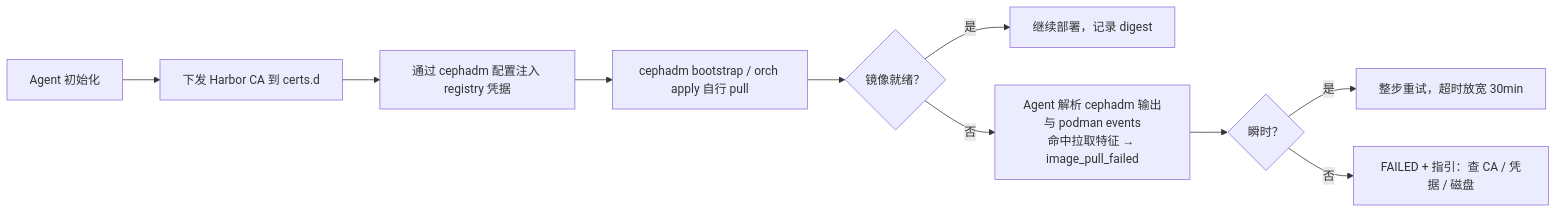
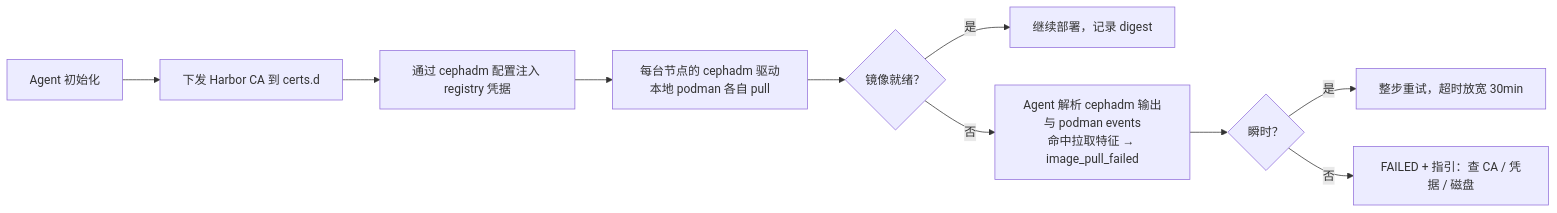
The ninth of 10 diagrams in docs/02-研发线/04-架构师/架构设计-Ceph管理平台.md (lnsyyj/winter), drawn with Mermaid before and after one commit. The commit also changed other lines of this file and 6 other files, not shown here.

````diff
--- a/docs/02-研发线/04-架构师/架构设计-Ceph管理平台.md
+++ b/docs/02-研发线/04-架构师/架构设计-Ceph管理平台.md
@@ -396,12 +396,12 @@
 ```mermaid
 flowchart LR
   A[Agent 初始化] --> B[下发 Harbor CA 到 certs.d]
   B --> C[通过 cephadm 配置注入 registry 凭据]
-  C --> D[cephadm bootstrap / orch apply 自行 pull]
+  C --> D[每台节点的 cephadm 驱动本地 podman 各自 pull]
   D --> E{镜像就绪？}
   E -- 是 --> F[继续部署，记录 digest]
   E -- 否 --> G[Agent 解析 cephadm 输出与 podman events<br/>命中拉取特征 → image_pull_failed]
   G --> H{瞬时？}
   H -- 是 --> I[整步重试，超时放宽 30min]
   H -- 否 --> J[FAILED + 指引：查 CA / 凭据 / 磁盘]
 ```
````
